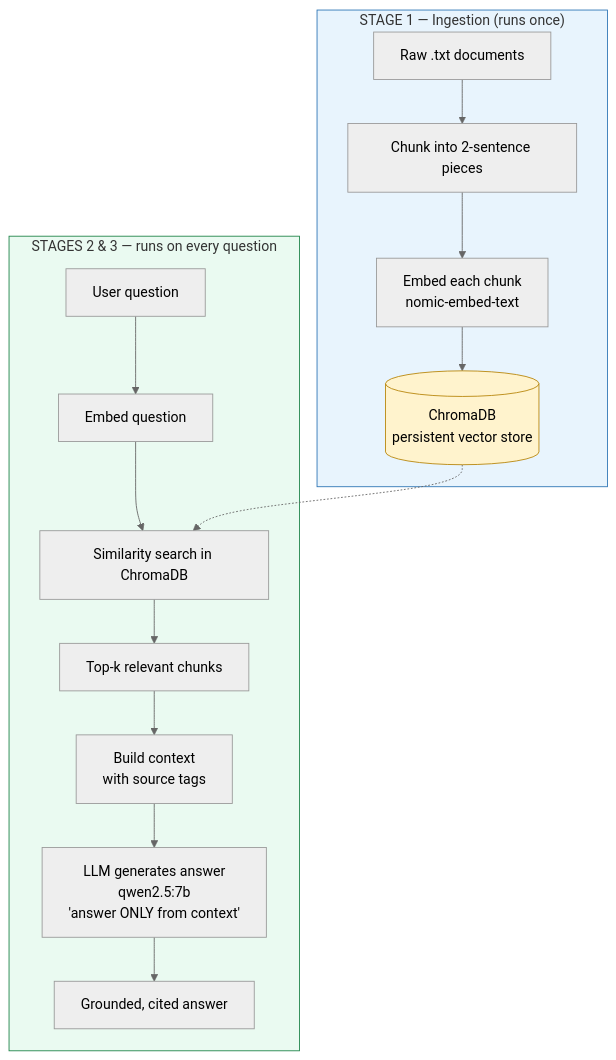
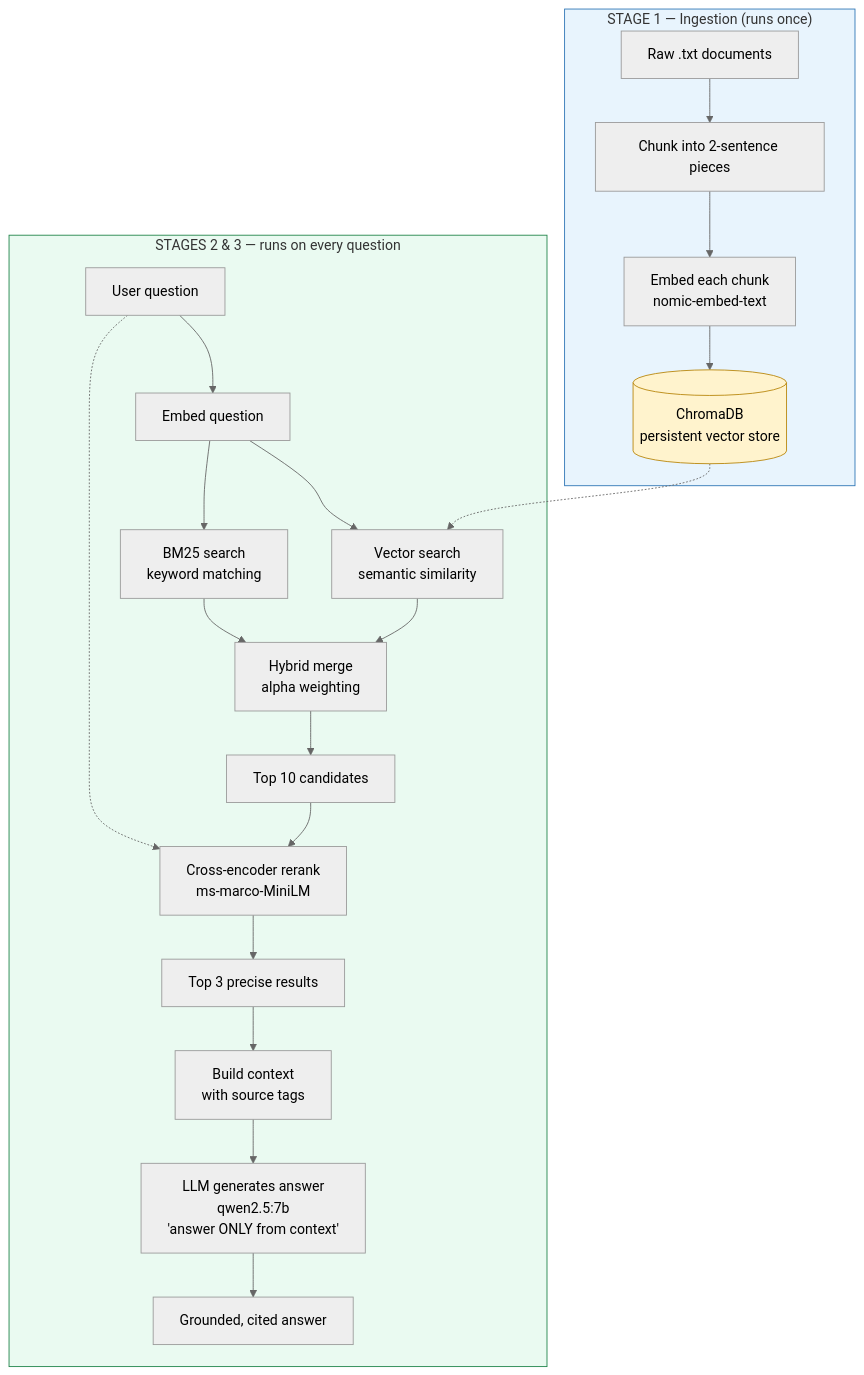
One commit to pratikb0501/RAG-Pipeline changed the diagram in README.md. Above: the diagram before and after it, drawn with Mermaid (neutral theme). The commit also changed other lines of this file and 10 other files, not shown here.

````diff
--- a/README.md
+++ b/README.md
@@ -24,22 +26,28 @@
 ```mermaid
 flowchart TD
     subgraph INGEST["STAGE 1 — Ingestion (runs once)"]
         A[Raw .txt documents] --> B[Chunk into 2-sentence pieces]
         B --> C[Embed each chunk<br/>nomic-embed-text]
         C --> D[(ChromaDB<br/>persistent vector store)]
     end
 
     subgraph QUERY["STAGES 2 & 3 — runs on every question"]
         E[User question] --> F[Embed question]
-        F --> G[Similarity search in ChromaDB]
-        D -.-> G
-        G --> H[Top-k relevant chunks]
-        H --> I[Build context<br/>with source tags]
-        I --> J[LLM generates answer<br/>qwen2.5:7b<br/>'answer ONLY from context']
-        J --> K[Grounded, cited answer]
+        F --> G1[Vector search<br/>semantic similarity]
+        F --> G2[BM25 search<br/>keyword matching]
+        D -.-> G1
+        G1 --> H[Hybrid merge<br/>alpha weighting]
+        G2 --> H
+        H --> I[Top 10 candidates]
+        I --> J[Cross-encoder rerank<br/>ms-marco-MiniLM]
+        E -.-> J
+        J --> K[Top 3 precise results]
+        K --> L[Build context<br/>with source tags]
+        L --> M[LLM generates answer<br/>qwen2.5:7b<br/>'answer ONLY from context']
+        M --> N[Grounded, cited answer]
     end
 
     style INGEST fill:#e8f4fd,stroke:#2e75b6
     style QUERY fill:#eafaf1,stroke:#1e8449
     style D fill:#fff3cd,stroke:#b8860b
 ```
````
